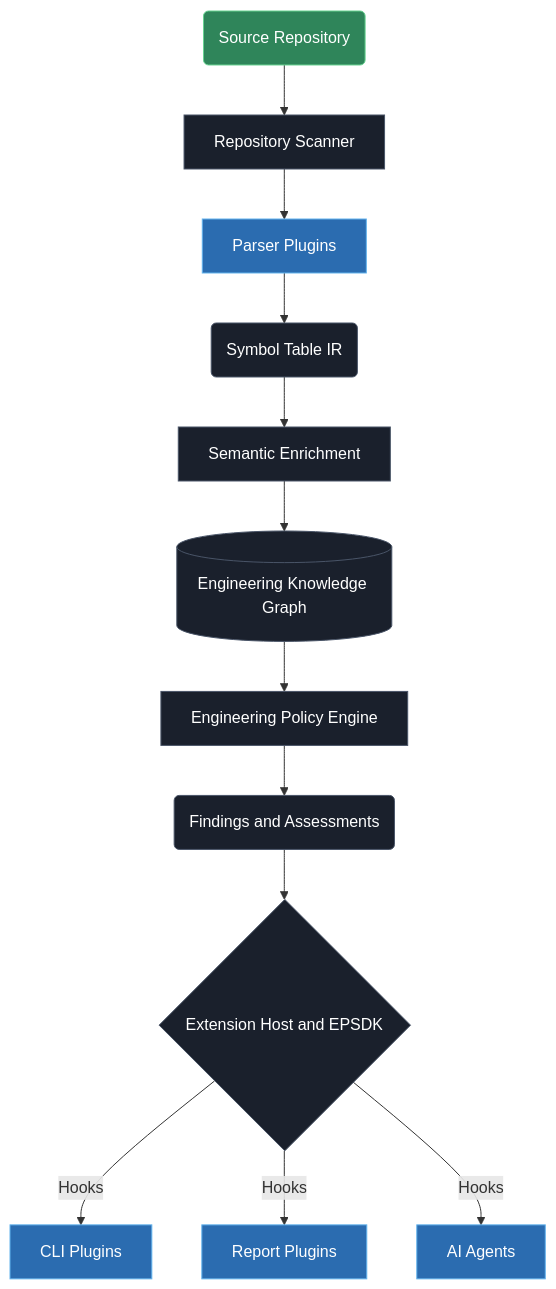
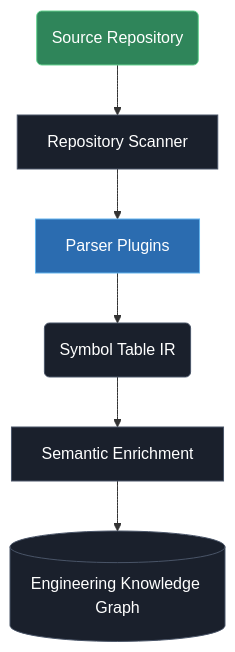
Before and after one commit to Aryamannatrajan21/OSEF: the diagram in README.md, drawn with Mermaid. The commit also changed 100 other files, not shown here.

````diff
--- a/README.md
+++ b/README.md
@@ -42,26 +42,18 @@
 ```mermaid
 graph TD
     classDef core fill:#1a202c,stroke:#4a5568,color:#fff;
     classDef plugin fill:#2b6cb0,stroke:#63b3ed,color:#fff;
     classDef output fill:#2f855a,stroke:#68d391,color:#fff;
 
     A(Source Repository) --> B[Repository Scanner]
     B --> C[Parser Plugins]
     
     C --> D(Symbol Table IR)
     D --> E[Semantic Enrichment]
     E --> F[(Engineering Knowledge Graph)]
     
-    F --> G[Engineering Policy Engine]
-    G --> H(Findings and Assessments)
-    
-    H --> I{Extension Host and EPSDK}
-    
-    I -->|Hooks| J[CLI Plugins]
-    I -->|Hooks| K[Report Plugins]
-    I -->|Hooks| L[AI Agents]
 
     class B,D,E,F,G,H,I core;
     class C,J,K,L plugin;
     class A output;
 ```
````
